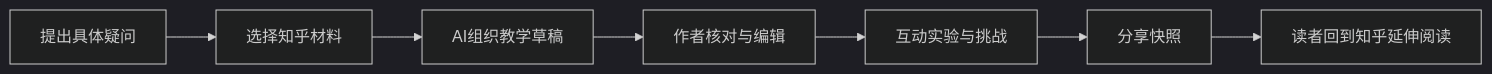
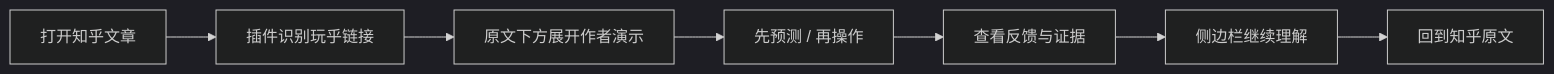
The second of 3 diagrams in submission/product-description-plan.md (Weichenleeeee123/wanhu-interactive-knowledge), drawn with Mermaid (dark theme) before and after one commit. The commit also changed other lines of this file and 7 other files, not shown here.

````diff
--- a/submission/product-description-plan.md
+++ b/submission/product-description-plan.md
@@ -41,9 +171,9 @@
 ```mermaid
 flowchart LR
-  A[提出具体疑问] --> B[选择知乎材料]
-  B --> C[AI组织教学草稿]
-  C --> D[作者核对与编辑]
-  D --> E[互动实验与挑战]
-  E --> F[分享快照]
-  F --> G[读者回到知乎延伸阅读]
+  A[打开知乎文章] --> B[插件识别玩乎链接]
+  B --> C[原文下方展开作者演示]
+  C --> D[先预测 / 再操作]
+  D --> E[查看反馈与证据]
+  E --> F[侧边栏继续理解]
+  F --> G[回到知乎原文]
 ```
````
